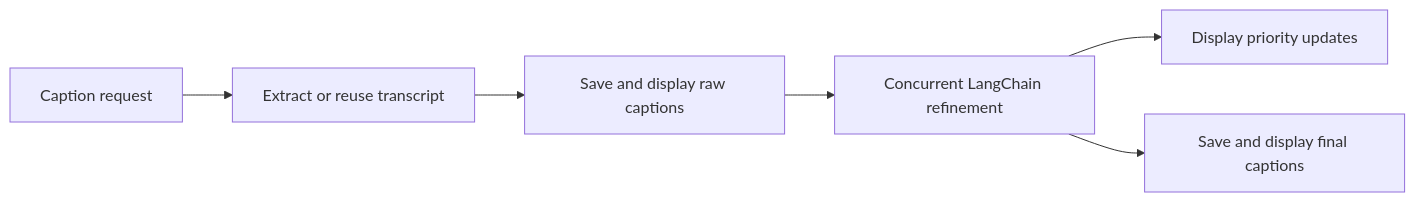
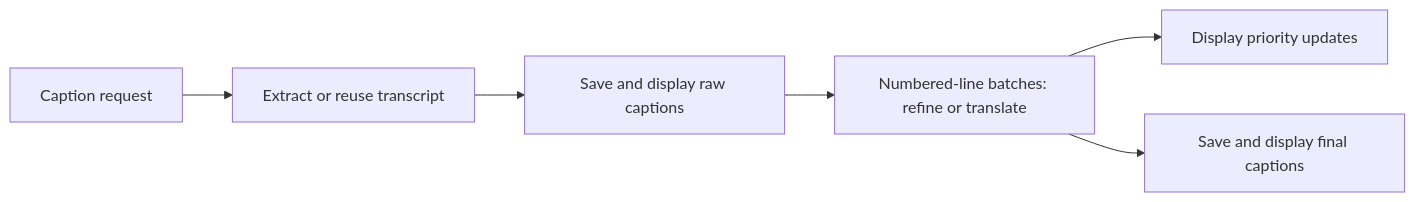
One commit to teron131/better-youtube changed the third of 4 diagrams in README.md. Above: the diagram before and after it, drawn with Mermaid. The commit also changed other lines of this file and 22 other files, not shown here.

Commit message:
Rewrite captions through youtube-toolkit's numbered-line method, choosing in the panel to refine, translate to English, or translate to a typed language, and stop the dropdown focus ring from lingering after mouse picks

````diff
--- a/README.md
+++ b/README.md
@@ -123,10 +126,10 @@
 ```mermaid
 flowchart LR
-    accTitle: Independent caption refinement pipeline
-    accDescr: Captions are extracted or reused, saved as a raw fallback, then refined in concurrent LangChain batches with priority and final updates.
+    accTitle: Independent caption rewrite pipeline
+    accDescr: Captions are extracted or reused, saved as a raw fallback, then refined or translated in concurrent batches of numbered lines with priority and final updates.
     REQUEST["Caption request"] --> SOURCE["Extract or reuse transcript"]
     SOURCE --> RAW["Save and display raw captions"]
-    RAW --> REFINE["Concurrent LangChain refinement"]
+    RAW --> REFINE["Numbered-line batches: refine or translate"]
     REFINE --> PARTIAL["Display priority updates"]
     REFINE --> FINAL["Save and display final captions"]
 ```
````
